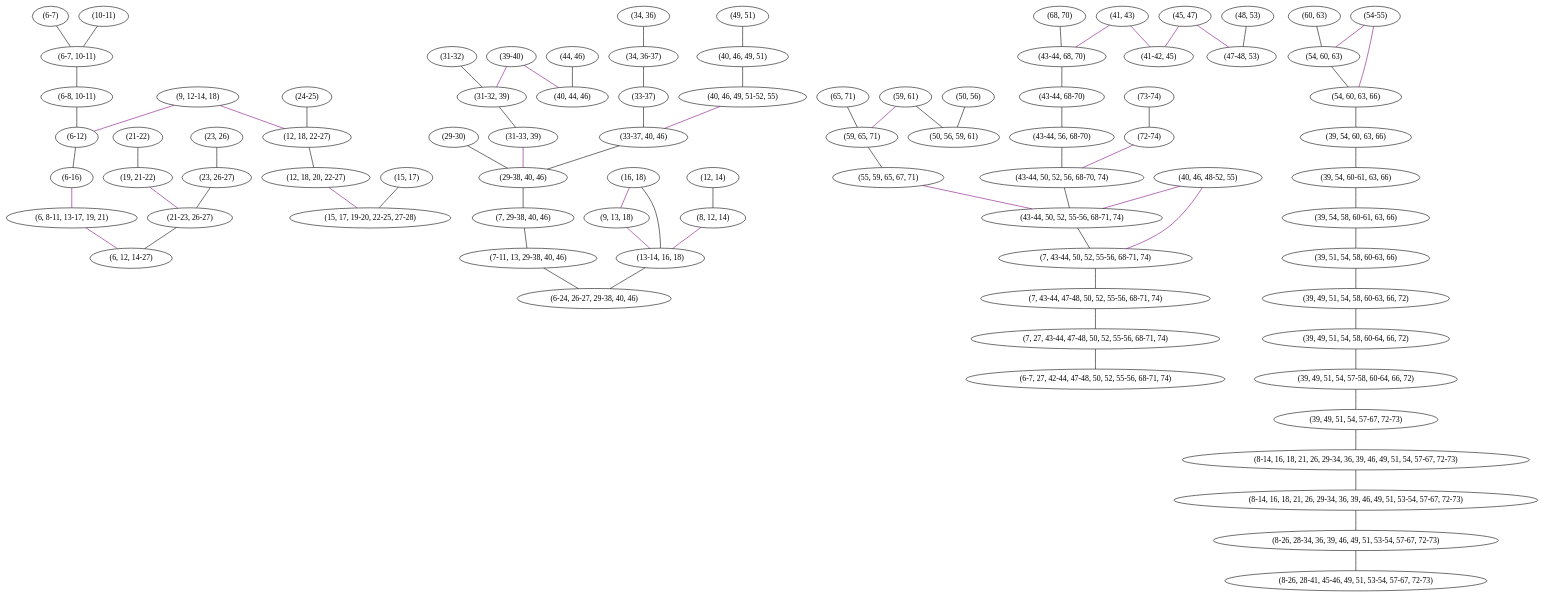
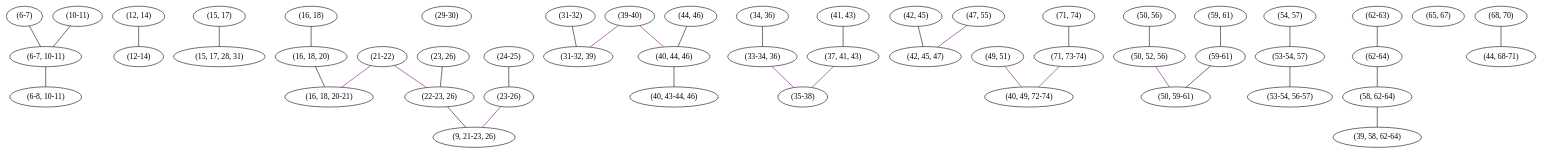
The diagram in src/test.dot (mandosoft/kmodes), drawn with Graphviz before and after one commit. The commit also changed 7 other files, not shown here.

```diff
--- a/src/test.dot
+++ b/src/test.dot
@@ -9,239 +9,133 @@
 	"(10-11)" -- "(6-7, 10-11)"	 [color=r];
 	"(12, 14)"	 [parent=True,
 		split=False];
-	"(8, 12, 14)"	 [parent=True,
-		split=True];
-	"(12, 14)" -- "(8, 12, 14)"	 [color=r];
+	"(12-14)"	 [parent=False,
+		split=False];
+	"(12, 14)" -- "(12-14)"	 [color=r];
 	"(15, 17)"	 [parent=True,
 		split=False];
-	"(15, 17, 19-20, 22-25, 27-28)"	 [parent=False,
+	"(15, 17, 28, 31)"	 [parent=False,
 		split=False];
-	"(15, 17)" -- "(15, 17, 19-20, 22-25, 27-28)"	 [color=r];
+	"(15, 17)" -- "(15, 17, 28, 31)"	 [color=r];
 	"(16, 18)"	 [parent=True,
+		split=False];
+	"(16, 18, 20)"	 [parent=True,
+		split=False];
+	"(16, 18)" -- "(16, 18, 20)"	 [color=r];
+	"(21-22)"	 [parent=True,
 		split=True];
-	"(9, 13, 18)"	 [parent=True,
-		split=True];
-	"(16, 18)" -- "(9, 13, 18)"	 [color=purple];
-	"(13-14, 16, 18)"	 [parent=True,
+	"(22-23, 26)"	 [parent=True,
 		split=False];
-	"(16, 18)" -- "(13-14, 16, 18)"	 [color=r];
-	"(21-22)"	 [parent=True,
+	"(21-22)" -- "(22-23, 26)"	 [color=purple];
+	"(16, 18, 20-21)"	 [parent=False,
 		split=False];
-	"(19, 21-22)"	 [parent=True,
-		split=True];
-	"(21-22)" -- "(19, 21-22)"	 [color=r];
+	"(21-22)" -- "(16, 18, 20-21)"	 [color=purple];
 	"(23, 26)"	 [parent=True,
 		split=False];
-	"(23, 26-27)"	 [parent=True,
-		split=False];
-	"(23, 26)" -- "(23, 26-27)"	 [color=r];
+	"(23, 26)" -- "(22-23, 26)"	 [color=r];
 	"(24-25)"	 [parent=True,
 		split=False];
-	"(12, 18, 22-27)"	 [parent=True,
+	"(23-26)"	 [parent=True,
+		split=True];
+	"(24-25)" -- "(23-26)"	 [color=r];
+	"(29-30)"	 [parent=False,
 		split=False];
-	"(24-25)" -- "(12, 18, 22-27)"	 [color=r];
-	"(29-30)"	 [parent=True,
-		split=False];
-	"(29-38, 40, 46)"	 [parent=True,
-		split=False];
-	"(29-30)" -- "(29-38, 40, 46)"	 [color=r];
 	"(31-32)"	 [parent=True,
 		split=False];
-	"(31-32, 39)"	 [parent=True,
+	"(31-32, 39)"	 [parent=False,
 		split=False];
 	"(31-32)" -- "(31-32, 39)"	 [color=r];
 	"(34, 36)"	 [parent=True,
 		split=False];
-	"(34, 36-37)"	 [parent=True,
-		split=False];
-	"(34, 36)" -- "(34, 36-37)"	 [color=r];
+	"(33-34, 36)"	 [parent=True,
+		split=True];
+	"(34, 36)" -- "(33-34, 36)"	 [color=r];
 	"(39-40)"	 [parent=True,
 		split=True];
 	"(39-40)" -- "(31-32, 39)"	 [color=purple];
-	"(40, 44, 46)"	 [parent=False,
+	"(40, 44, 46)"	 [parent=True,
 		split=False];
 	"(39-40)" -- "(40, 44, 46)"	 [color=purple];
 	"(41, 43)"	 [parent=True,
+		split=False];
+	"(37, 41, 43)"	 [parent=True,
 		split=True];
-	"(41-42, 45)"	 [parent=False,
+	"(41, 43)" -- "(37, 41, 43)"	 [color=r];
+	"(42, 45)"	 [parent=True,
 		split=False];
-	"(41, 43)" -- "(41-42, 45)"	 [color=purple];
-	"(43-44, 68, 70)"	 [parent=True,
+	"(42, 45, 47)"	 [parent=False,
 		split=False];
-	"(41, 43)" -- "(43-44, 68, 70)"	 [color=purple];
+	"(42, 45)" -- "(42, 45, 47)"	 [color=r];
 	"(44, 46)"	 [parent=True,
 		split=False];
 	"(44, 46)" -- "(40, 44, 46)"	 [color=r];
-	"(45, 47)"	 [parent=True,
+	"(47, 55)"	 [parent=False,
 		split=True];
-	"(45, 47)" -- "(41-42, 45)"	 [color=purple];
-	"(47-48, 53)"	 [parent=False,
+	"(47, 55)" -- "(42, 45, 47)"	 [color=purple];
+	"(49, 51)"	 [parent=False,
+		split=True];
+	"(40, 49, 72-74)"	 [parent=False,
 		split=False];
-	"(45, 47)" -- "(47-48, 53)"	 [color=purple];
-	"(48, 53)"	 [parent=True,
-		split=False];
-	"(48, 53)" -- "(47-48, 53)"	 [color=r];
-	"(49, 51)"	 [parent=True,
-		split=False];
-	"(40, 46, 49, 51)"	 [parent=True,
-		split=False];
-	"(49, 51)" -- "(40, 46, 49, 51)"	 [color=r];
+	"(49, 51)" -- "(40, 49, 72-74)"	 [color=purple];
 	"(50, 56)"	 [parent=True,
 		split=False];
-	"(50, 56, 59, 61)"	 [parent=False,
+	"(50, 52, 56)"	 [parent=True,
+		split=True];
+	"(50, 56)" -- "(50, 52, 56)"	 [color=r];
+	"(54, 57)"	 [parent=True,
 		split=False];
-	"(50, 56)" -- "(50, 56, 59, 61)"	 [color=r];
-	"(54-55)"	 [parent=True,
-		split=True];
-	"(54, 60, 63)"	 [parent=True,
+	"(53-54, 57)"	 [parent=True,
 		split=False];
-	"(54-55)" -- "(54, 60, 63)"	 [color=purple];
-	"(54, 60, 63, 66)"	 [parent=True,
+	"(54, 57)" -- "(53-54, 57)"	 [color=r];
+	"(59, 61)"	 [parent=True,
 		split=False];
-	"(54-55)" -- "(54, 60, 63, 66)"	 [color=purple];
-	"(59, 61)"	 [parent=True,
-		split=True];
-	"(59, 65, 71)"	 [parent=True,
+	"(59-61)"	 [parent=True,
 		split=False];
-	"(59, 61)" -- "(59, 65, 71)"	 [color=purple];
-	"(59, 61)" -- "(50, 56, 59, 61)"	 [color=r];
-	"(60, 63)"	 [parent=True,
+	"(59, 61)" -- "(59-61)"	 [color=r];
+	"(62-63)"	 [parent=True,
 		split=False];
-	"(60, 63)" -- "(54, 60, 63)"	 [color=r];
-	"(65, 71)"	 [parent=True,
+	"(62-64)"	 [parent=True,
 		split=False];
-	"(65, 71)" -- "(59, 65, 71)"	 [color=r];
+	"(62-63)" -- "(62-64)"	 [color=r];
+	"(65, 67)"	 [parent=False,
+		split=False];
 	"(68, 70)"	 [parent=True,
 		split=False];
-	"(68, 70)" -- "(43-44, 68, 70)"	 [color=r];
-	"(73-74)"	 [parent=True,
+	"(44, 68-71)"	 [parent=False,
 		split=False];
-	"(72-74)"	 [parent=True,
+	"(68, 70)" -- "(44, 68-71)"	 [color=r];
+	"(71, 74)"	 [parent=True,
+		split=False];
+	"(71, 73-74)"	 [parent=True,
 		split=True];
-	"(73-74)" -- "(72-74)"	 [color=r];
-	"(8, 12, 14)" -- "(13-14, 16, 18)"	 [color=purple];
-	"(9, 13, 18)" -- "(13-14, 16, 18)"	 [color=purple];
-	"(21-23, 26-27)"	 [parent=True,
+	"(71, 74)" -- "(71, 73-74)"	 [color=r];
+	"(16, 18, 20)" -- "(16, 18, 20-21)"	 [color=r];
+	"(9, 21-23, 26)"	 [parent=False,
 		split=False];
-	"(19, 21-22)" -- "(21-23, 26-27)"	 [color=purple];
-	"(23, 26-27)" -- "(21-23, 26-27)"	 [color=r];
-	"(31-33, 39)"	 [parent=True,
-		split=True];
-	"(31-32, 39)" -- "(31-33, 39)"	 [color=r];
-	"(33-37)"	 [parent=True,
+	"(22-23, 26)" -- "(9, 21-23, 26)"	 [color=r];
+	"(35-38)"	 [parent=False,
 		split=False];
-	"(34, 36-37)" -- "(33-37)"	 [color=r];
-	"(54, 60, 63)" -- "(54, 60, 63, 66)"	 [color=r];
-	"(55, 59, 65, 67, 71)"	 [parent=True,
-		split=True];
-	"(59, 65, 71)" -- "(55, 59, 65, 67, 71)"	 [color=r];
-	"(43-44, 50, 52, 56, 68-70, 74)"	 [parent=True,
+	"(33-34, 36)" -- "(35-38)"	 [color=purple];
+	"(37, 41, 43)" -- "(35-38)"	 [color=purple];
+	"(40, 43-44, 46)"	 [parent=False,
 		split=False];
-	"(72-74)" -- "(43-44, 50, 52, 56, 68-70, 74)"	 [color=purple];
-	"(6-8, 10-11)"	 [parent=True,
+	"(40, 44, 46)" -- "(40, 43-44, 46)"	 [color=r];
+	"(50, 59-61)"	 [parent=False,
+		split=False];
+	"(50, 52, 56)" -- "(50, 59-61)"	 [color=purple];
+	"(53-54, 56-57)"	 [parent=False,
+		split=False];
+	"(53-54, 57)" -- "(53-54, 56-57)"	 [color=r];
+	"(59-61)" -- "(50, 59-61)"	 [color=r];
+	"(58, 62-64)"	 [parent=True,
+		split=False];
+	"(62-64)" -- "(58, 62-64)"	 [color=r];
+	"(71, 73-74)" -- "(40, 49, 72-74)"	 [color=purple];
+	"(6-8, 10-11)"	 [parent=False,
 		split=False];
 	"(6-7, 10-11)" -- "(6-8, 10-11)"	 [color=r];
-	"(6-24, 26-27, 29-38, 40, 46)"	 [parent=False,
+	"(23-26)" -- "(9, 21-23, 26)"	 [color=purple];
+	"(39, 58, 62-64)"	 [parent=False,
 		split=False];
-	"(13-14, 16, 18)" -- "(6-24, 26-27, 29-38, 40, 46)"	 [color=r];
-	"(31-33, 39)" -- "(29-38, 40, 46)"	 [color=purple];
-	"(40, 46, 49, 51-52, 55)"	 [parent=True,
-		split=True];
-	"(40, 46, 49, 51)" -- "(40, 46, 49, 51-52, 55)"	 [color=r];
-	"(43-44, 68-70)"	 [parent=True,
-		split=False];
-	"(43-44, 68, 70)" -- "(43-44, 68-70)"	 [color=r];
-	"(39, 54, 60, 63, 66)"	 [parent=True,
-		split=False];
-	"(54, 60, 63, 66)" -- "(39, 54, 60, 63, 66)"	 [color=r];
-	"(6-12)"	 [parent=True,
-		split=False];
-	"(6-8, 10-11)" -- "(6-12)"	 [color=r];
-	"(9, 12-14, 18)"	 [parent=True,
-		split=True];
-	"(9, 12-14, 18)" -- "(6-12)"	 [color=purple];
-	"(9, 12-14, 18)" -- "(12, 18, 22-27)"	 [color=purple];
-	"(6, 12, 14-27)"	 [parent=False,
-		split=False];
-	"(21-23, 26-27)" -- "(6, 12, 14-27)"	 [color=r];
-	"(33-37, 40, 46)"	 [parent=True,
-		split=False];
-	"(33-37)" -- "(33-37, 40, 46)"	 [color=r];
-	"(39, 54, 60-61, 63, 66)"	 [parent=True,
-		split=False];
-	"(39, 54, 60, 63, 66)" -- "(39, 54, 60-61, 63, 66)"	 [color=r];
-	"(43-44, 56, 68-70)"	 [parent=True,
-		split=False];
-	"(43-44, 68-70)" -- "(43-44, 56, 68-70)"	 [color=r];
-	"(43-44, 50, 52, 55-56, 68-71, 74)"	 [parent=True,
-		split=False];
-	"(55, 59, 65, 67, 71)" -- "(43-44, 50, 52, 55-56, 68-71, 74)"	 [color=purple];
-	"(39, 54, 58, 60-61, 63, 66)"	 [parent=True,
-		split=False];
-	"(39, 54, 60-61, 63, 66)" -- "(39, 54, 58, 60-61, 63, 66)"	 [color=r];
-	"(40, 46, 49, 51-52, 55)" -- "(33-37, 40, 46)"	 [color=purple];
-	"(43-44, 56, 68-70)" -- "(43-44, 50, 52, 56, 68-70, 74)"	 [color=r];
-	"(6-16)"	 [parent=True,
-		split=True];
-	"(6-12)" -- "(6-16)"	 [color=r];
-	"(33-37, 40, 46)" -- "(29-38, 40, 46)"	 [color=r];
-	"(39, 51, 54, 58, 60-63, 66)"	 [parent=True,
-		split=False];
-	"(39, 54, 58, 60-61, 63, 66)" -- "(39, 51, 54, 58, 60-63, 66)"	 [color=r];
-	"(12, 18, 20, 22-27)"	 [parent=True,
-		split=True];
-	"(12, 18, 22-27)" -- "(12, 18, 20, 22-27)"	 [color=r];
-	"(40, 46, 48-52, 55)"	 [parent=True,
-		split=True];
-	"(40, 46, 48-52, 55)" -- "(43-44, 50, 52, 55-56, 68-71, 74)"	 [color=purple];
-	"(7, 43-44, 50, 52, 55-56, 68-71, 74)"	 [parent=True,
-		split=False];
-	"(40, 46, 48-52, 55)" -- "(7, 43-44, 50, 52, 55-56, 68-71, 74)"	 [color=purple];
-	"(12, 18, 20, 22-27)" -- "(15, 17, 19-20, 22-25, 27-28)"	 [color=purple];
-	"(39, 49, 51, 54, 58, 60-63, 66, 72)"	 [parent=True,
-		split=False];
-	"(39, 51, 54, 58, 60-63, 66)" -- "(39, 49, 51, 54, 58, 60-63, 66, 72)"	 [color=r];
-	"(43-44, 50, 52, 56, 68-70, 74)" -- "(43-44, 50, 52, 55-56, 68-71, 74)"	 [color=r];
-	"(6, 8-11, 13-17, 19, 21)"	 [parent=True,
-		split=True];
-	"(6-16)" -- "(6, 8-11, 13-17, 19, 21)"	 [color=purple];
-	"(39, 49, 51, 54, 58, 60-64, 66, 72)"	 [parent=True,
-		split=False];
-	"(39, 49, 51, 54, 58, 60-63, 66, 72)" -- "(39, 49, 51, 54, 58, 60-64, 66, 72)"	 [color=r];
-	"(43-44, 50, 52, 55-56, 68-71, 74)" -- "(7, 43-44, 50, 52, 55-56, 68-71, 74)"	 [color=r];
-	"(6, 8-11, 13-17, 19, 21)" -- "(6, 12, 14-27)"	 [color=purple];
-	"(7, 43-44, 47-48, 50, 52, 55-56, 68-71, 74)"	 [parent=True,
-		split=False];
-	"(7, 43-44, 50, 52, 55-56, 68-71, 74)" -- "(7, 43-44, 47-48, 50, 52, 55-56, 68-71, 74)"	 [color=r];
-	"(7, 29-38, 40, 46)"	 [parent=True,
-		split=False];
-	"(29-38, 40, 46)" -- "(7, 29-38, 40, 46)"	 [color=r];
-	"(39, 49, 51, 54, 57-58, 60-64, 66, 72)"	 [parent=True,
-		split=False];
-	"(39, 49, 51, 54, 58, 60-64, 66, 72)" -- "(39, 49, 51, 54, 57-58, 60-64, 66, 72)"	 [color=r];
-	"(7-11, 13, 29-38, 40, 46)"	 [parent=True,
-		split=False];
-	"(7, 29-38, 40, 46)" -- "(7-11, 13, 29-38, 40, 46)"	 [color=r];
-	"(39, 49, 51, 54, 57-67, 72-73)"	 [parent=True,
-		split=False];
-	"(39, 49, 51, 54, 57-58, 60-64, 66, 72)" -- "(39, 49, 51, 54, 57-67, 72-73)"	 [color=r];
-	"(7, 27, 43-44, 47-48, 50, 52, 55-56, 68-71, 74)"	 [parent=True,
-		split=False];
-	"(7, 43-44, 47-48, 50, 52, 55-56, 68-71, 74)" -- "(7, 27, 43-44, 47-48, 50, 52, 55-56, 68-71, 74)"	 [color=r];
-	"(6-7, 27, 42-44, 47-48, 50, 52, 55-56, 68-71, 74)"	 [parent=False,
-		split=False];
-	"(7, 27, 43-44, 47-48, 50, 52, 55-56, 68-71, 74)" -- "(6-7, 27, 42-44, 47-48, 50, 52, 55-56, 68-71, 74)"	 [color=r];
-	"(8-14, 16, 18, 21, 26, 29-34, 36, 39, 46, 49, 51, 54, 57-67, 72-73)"	 [parent=True,
-		split=False];
-	"(39, 49, 51, 54, 57-67, 72-73)" -- "(8-14, 16, 18, 21, 26, 29-34, 36, 39, 46, 49, 51, 54, 57-67, 72-73)"	 [color=r];
-	"(7-11, 13, 29-38, 40, 46)" -- "(6-24, 26-27, 29-38, 40, 46)"	 [color=r];
-	"(8-14, 16, 18, 21, 26, 29-34, 36, 39, 46, 49, 51, 53-54, 57-67, 72-73)"	 [parent=True,
-		split=False];
-	"(8-14, 16, 18, 21, 26, 29-34, 36, 39, 46, 49, 51, 54, 57-67, 72-73)" -- "(8-14, 16, 18, 21, 26, 29-34, 36, 39, 46, 49, 51, 53-54, 57-67, 72-73)"	 [color=r];
-	"(8-26, 28-34, 36, 39, 46, 49, 51, 53-54, 57-67, 72-73)"	 [parent=True,
-		split=False];
-	"(8-14, 16, 18, 21, 26, 29-34, 36, 39, 46, 49, 51, 53-54, 57-67, 72-73)" -- "(8-26, 28-34, 36, 39, 46, 49, 51, 53-54, 57-67, 72-73)"	 [color=r];
-	"(8-26, 28-41, 45-46, 49, 51, 53-54, 57-67, 72-73)"	 [parent=False,
-		split=False];
-	"(8-26, 28-34, 36, 39, 46, 49, 51, 53-54, 57-67, 72-73)" -- "(8-26, 28-41, 45-46, 49, 51, 53-54, 57-67, 72-73)"	 [color=r];
+	"(58, 62-64)" -- "(39, 58, 62-64)"	 [color=r];
 }
```
